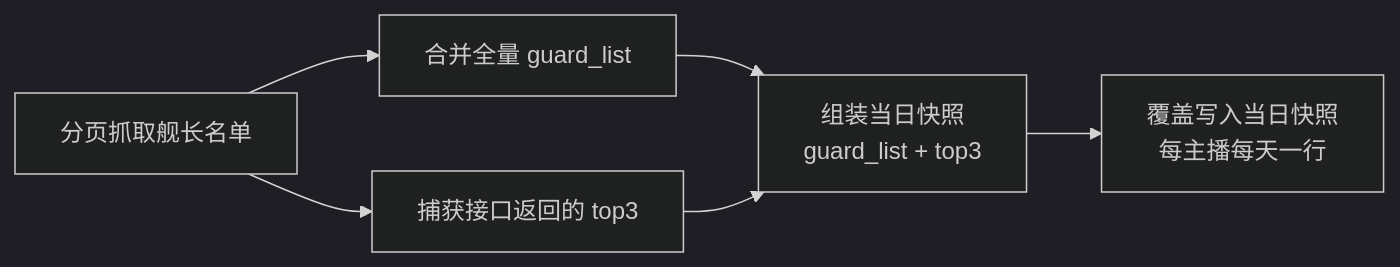
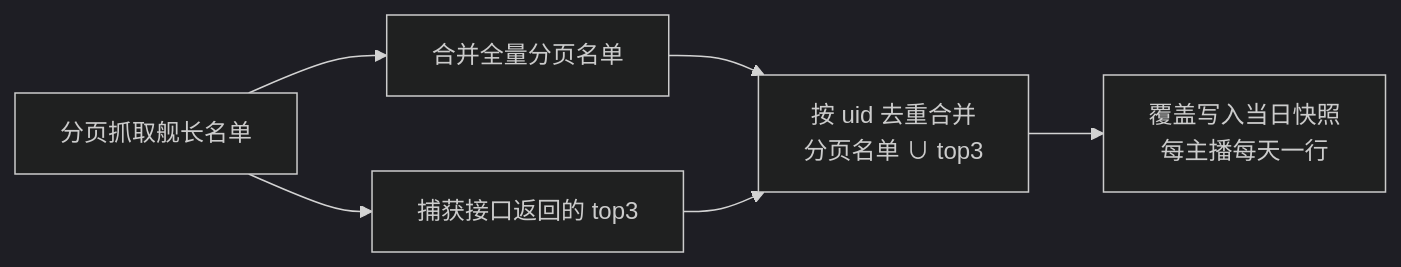
One commit to Deliay/z-vtuber changed the diagram in docs/product/draft/20260903-live-guard-top3-prd.md. Above: the diagram before and after it, drawn with Mermaid (dark theme). The commit also changed other lines of this file and 1 other file, not shown here.

First line of the commit message:
docs: 按打回意见调整——top3 打平并入 guard_list 存储

````diff
--- a/docs/product/draft/20260903-live-guard-top3-prd.md
+++ b/docs/product/draft/20260903-live-guard-top3-prd.md
@@ -86,8 +87,8 @@
 ```mermaid
 flowchart LR
-    A[分页抓取舰长名单] --> B[合并全量 guard_list]
+    A[分页抓取舰长名单] --> B[合并全量分页名单]
     A --> C[捕获接口返回的 top3]
-    B --> D[组装当日快照<br/>guard_list + top3]
+    B --> D[按 uid 去重合并<br/>分页名单 ∪ top3]
     C --> D
     D --> E[覆盖写入当日快照<br/>每主播每天一行]
 ```
````
